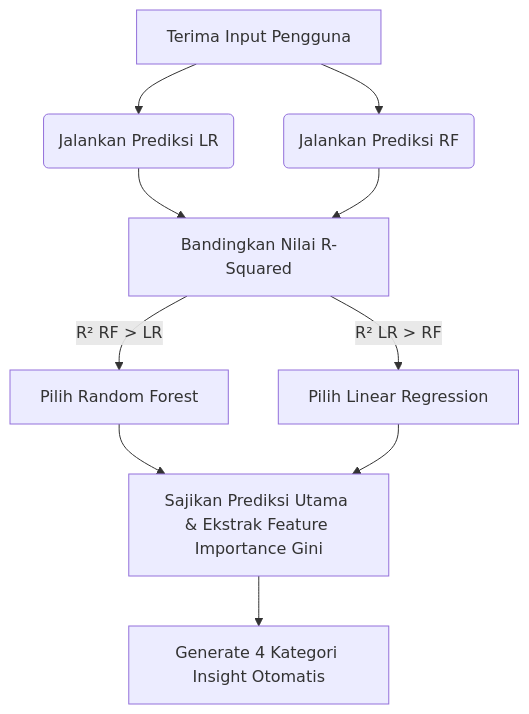
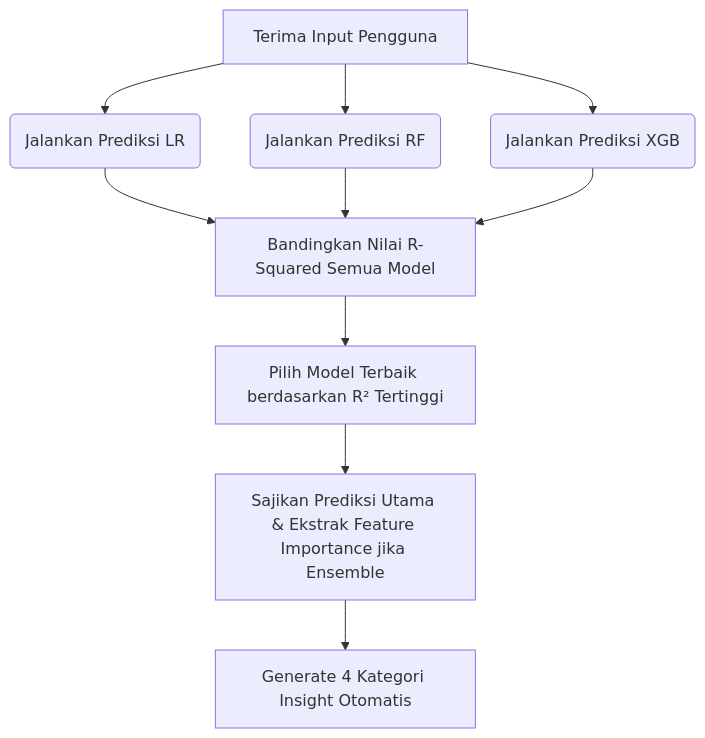
One commit to roderikusro/PredictIQ changed the third of 4 diagrams in docs/05_technical_statistics_ml.md. Above: the diagram before and after it, drawn with Mermaid. The commit also changed other lines of this file and 1 other file, not shown here.

Commit message:
docs: update technical documentation to include XGBoost model and enhance project overview

````diff
--- a/docs/05_technical_statistics_ml.md
+++ b/docs/05_technical_statistics_ml.md
@@ -245,16 +263,16 @@
 ```mermaid
 graph TD
     A[Terima Input Pengguna] --> B(Jalankan Prediksi LR)
     A --> C(Jalankan Prediksi RF)
+    A --> C2(Jalankan Prediksi XGB)
     
-    B --> D[Bandingkan Nilai R-Squared]
+    B --> D[Bandingkan Nilai R-Squared Semua Model]
     C --> D
+    C2 --> D
     
-    D -->|R² RF > LR| E[Pilih Random Forest]
-    D -->|R² LR > RF| F[Pilih Linear Regression]
+    D --> E[Pilih Model Terbaik berdasarkan R² Tertinggi]
     
-    E --> G[Sajikan Prediksi Utama & Ekstrak Feature Importance Gini]
-    F --> G
+    E --> G[Sajikan Prediksi Utama & Ekstrak Feature Importance jika Ensemble]
     
     G --> H[Generate 4 Kategori Insight Otomatis]
 ```
````
